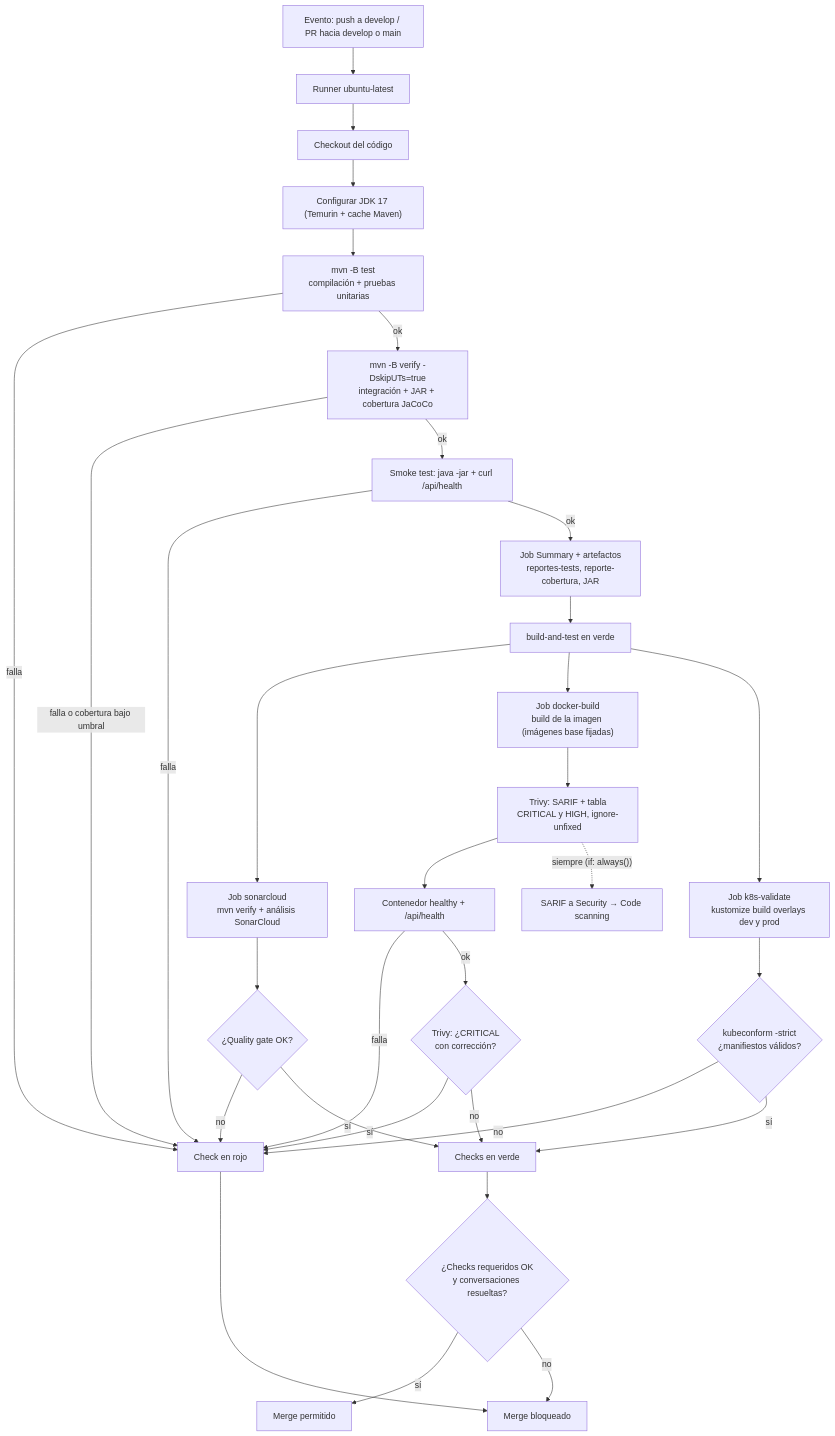
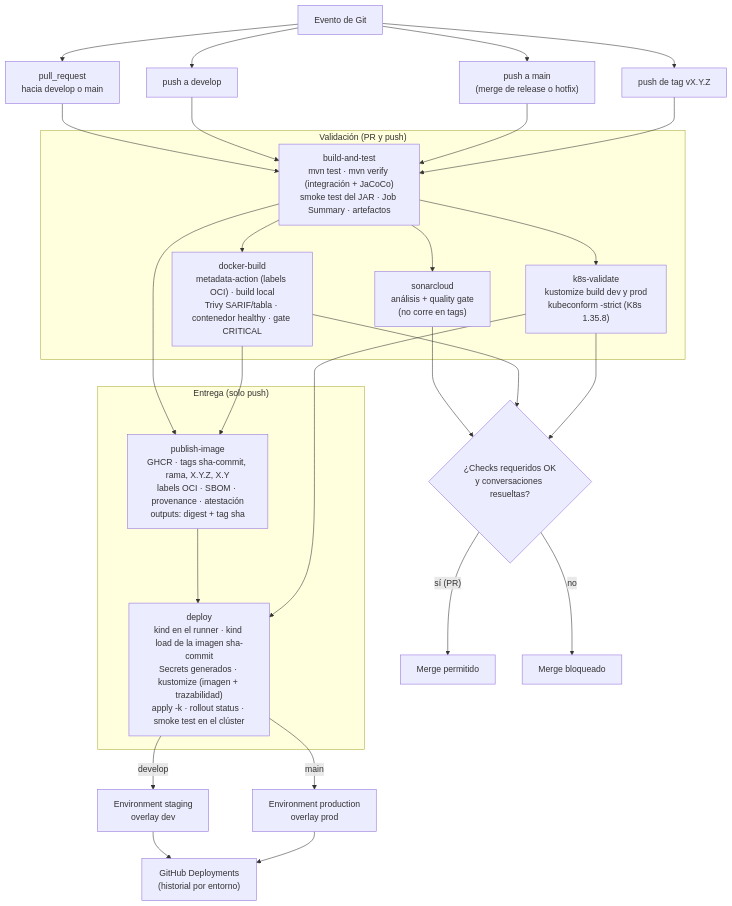
Before and after one commit to DGomezPalacios/charmeetchic_api: the second of 3 diagrams in docs/workflow.md, drawn with Mermaid. The commit also changed other lines of this file and 3 other files, not shown here.

First line of the commit message:
docs(deploy): documenta el despliegue automático y la cadena de trazabilidad

````diff
--- a/docs/workflow.md
+++ b/docs/workflow.md
@@ -69,34 +72,32 @@
 ```mermaid
 flowchart TD
-    A["Evento: push a develop / PR hacia develop o main"] --> B["Runner ubuntu-latest"]
-    B --> C["Checkout del código"]
-    C --> D["Configurar JDK 17 (Temurin + cache Maven)"]
-    D --> E["mvn -B test<br/>compilación + pruebas unitarias"]
-    E -->|falla| X["Check en rojo"]
-    E -->|ok| E2["mvn -B verify -DskipUTs=true<br/>integración + JAR + cobertura JaCoCo"]
-    E2 -->|"falla o cobertura bajo umbral"| X
-    E2 -->|ok| F["Smoke test: java -jar + curl /api/health"]
-    F -->|falla| X
-    F -->|ok| G["Job Summary + artefactos<br/>reportes-tests, reporte-cobertura, JAR"]
-    G --> H["build-and-test en verde"]
-    H --> S1["Job sonarcloud<br/>mvn verify + análisis SonarCloud"]
-    H --> D1["Job docker-build<br/>build de la imagen (imágenes base fijadas)"]
-    H --> K1["Job k8s-validate<br/>kustomize build overlays dev y prod"]
-    K1 --> K2{"kubeconform -strict<br/>¿manifiestos válidos?"}
-    K2 -->|no| X
-    K2 -->|sí| H2
-    S1 --> S2{"¿Quality gate OK?"}
-    S2 -->|no| X
-    S2 -->|sí| H2["Checks en verde"]
-    D1 --> T1["Trivy: SARIF + tabla<br/>CRITICAL y HIGH, ignore-unfixed"]
-    T1 --> D2["Contenedor healthy + /api/health"]
-    D2 -->|falla| X
-    D2 -->|ok| T2{"Trivy: ¿CRITICAL<br/>con corrección?"}
-    T2 -->|sí| X
-    T2 -->|no| H2
-    T1 -.->|"siempre (if: always())"| SA["SARIF a Security → Code scanning"]
-    H2 --> I{"¿Checks requeridos OK<br/>y conversaciones resueltas?"}
-    I -->|sí| J["Merge permitido"]
-    I -->|no| K["Merge bloqueado"]
-    X --> K
+    EV["Evento de Git"] --> EVPR["pull_request<br/>hacia develop o main"]
+    EV --> EVD["push a develop"]
+    EV --> EVM["push a main<br/>(merge de release o hotfix)"]
+    EV --> EVT["push de tag vX.Y.Z"]
+
+    EVPR & EVD & EVM & EVT --> BT
+
+    subgraph VALIDACION["Validación (PR y push)"]
+        BT["build-and-test<br/>mvn test · mvn verify (integración + JaCoCo)<br/>smoke test del JAR · Job Summary · artefactos"]
+        BT --> SC["sonarcloud<br/>análisis + quality gate<br/>(no corre en tags)"]
+        BT --> DB["docker-build<br/>metadata-action (labels OCI) · build local<br/>Trivy SARIF/tabla · contenedor healthy · gate CRITICAL"]
+        BT --> KV["k8s-validate<br/>kustomize build dev y prod<br/>kubeconform -strict (K8s 1.35.8)"]
+    end
+
+    subgraph ENTREGA["Entrega (solo push)"]
+        PI["publish-image<br/>GHCR · tags sha-commit, rama, X.Y.Z, X.Y<br/>labels OCI · SBOM · provenance · atestación<br/>outputs: digest + tag sha"]
+        DE["deploy<br/>kind en el runner · kind load de la imagen sha-commit<br/>Secrets generados · kustomize (imagen + trazabilidad)<br/>apply -k · rollout status · smoke test en el clúster"]
+    end
+
+    BT & DB --> PI
+    PI & KV --> DE
+
+    DE -->|"develop"| STG["Environment staging<br/>overlay dev"]
+    DE -->|"main"| PRD["Environment production<br/>overlay prod"]
+    STG & PRD --> GD["GitHub Deployments<br/>(historial por entorno)"]
+
+    SC & DB & KV --> CK{"¿Checks requeridos OK<br/>y conversaciones resueltas?"}
+    CK -->|"sí (PR)"| MG["Merge permitido"]
+    CK -->|no| BL["Merge bloqueado"]
 ```
````
